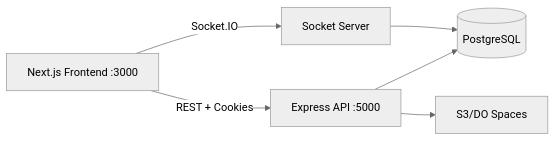
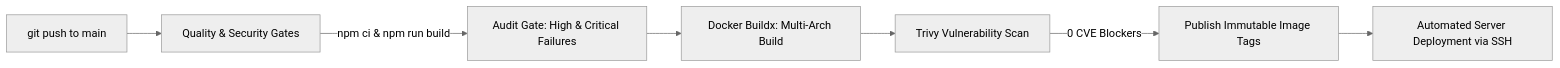
One commit to consoledotali/SyncVela changed the second of 2 diagrams in README.md. Above: the diagram before and after it, drawn with Mermaid (neutral theme). The commit also changed other lines of this file and 11 other files, not shown here.

Commit message:
chore: overhaul repository architecture, production documentation, and infrastructure

````diff
--- a/README.md
+++ b/README.md
@@ -42,8 +337,9 @@
 ```mermaid
 flowchart LR
-    A[Next.js Frontend :3000] -->|REST + Cookies| B[Express API :5000]
-    A -->|Socket.IO| C[Socket Server]
-    B --> D[(PostgreSQL)]
-    B --> E[S3/DO Spaces]
-    C --> D
+    A[git push to main] --> B[Quality & Security Gates]
+    B -->|npm ci & npm run build| C[Audit Gate: High & Critical Failures]
+    C --> D[Docker Buildx: Multi-Arch Build]
+    D --> E[Trivy Vulnerability Scan]
+    E -->|0 CVE Blockers| F[Publish Immutable Image Tags]
+    F --> G[Automated Server Deployment via SSH]
 ```
````
